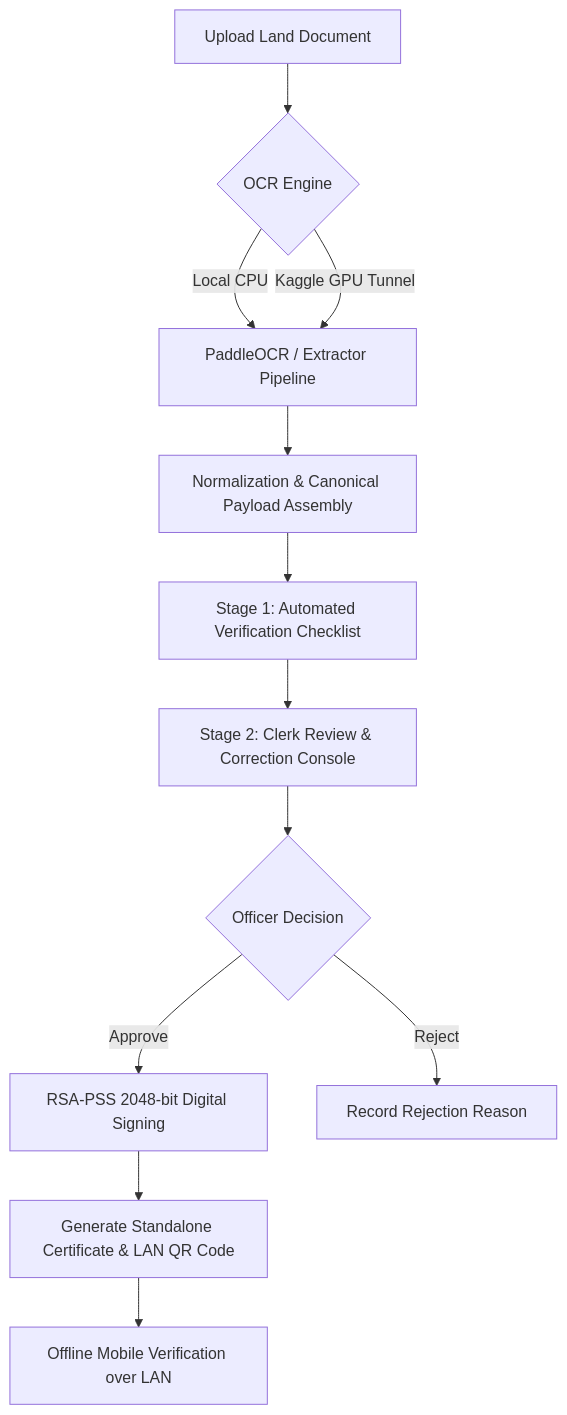
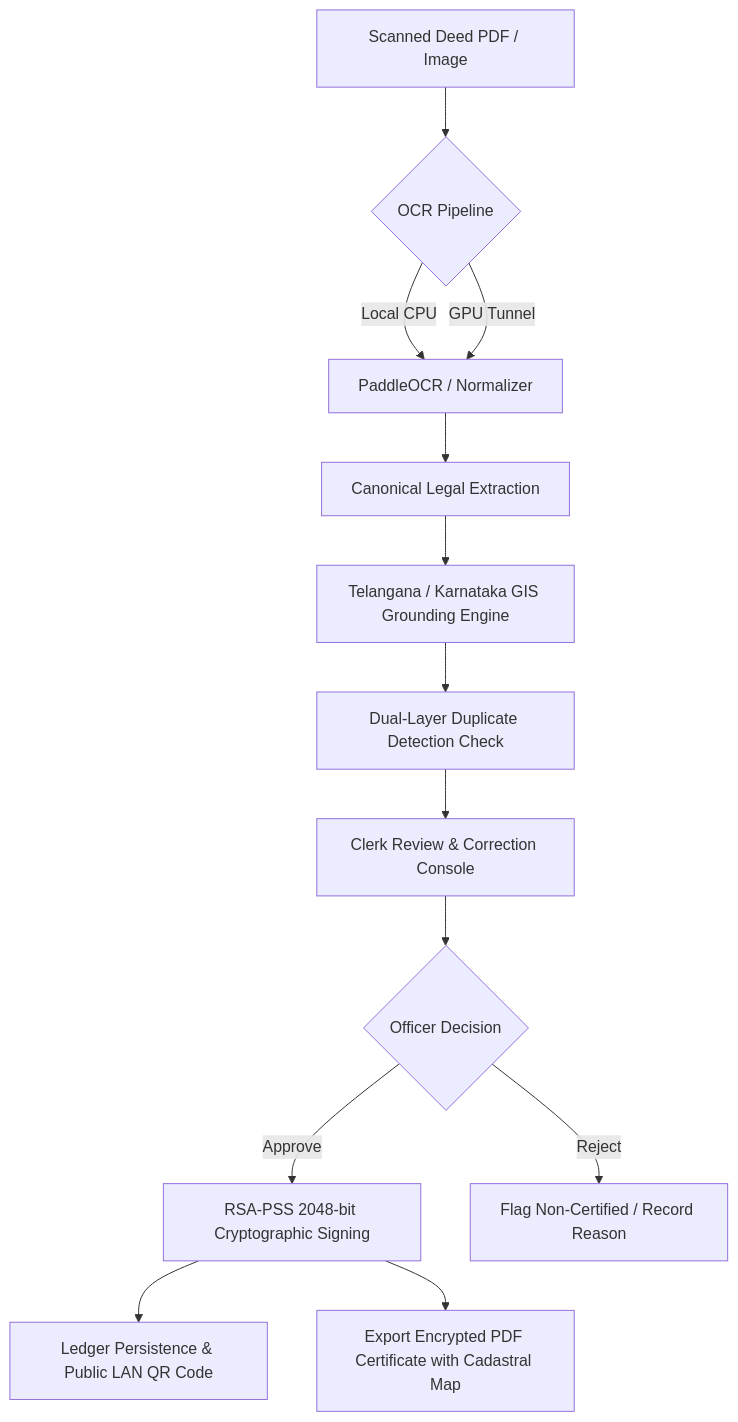
Before and after one commit to yuvanreddy404/onebhoomi: the diagram in README.md, drawn with Mermaid. The commit also changed other lines of this file and 9 other files, not shown here.

Commit message:
feat(onebhoomi): complete offline registry, duplicate prevention, locked PDF certificates with GIS maps, and dashboard analytics

````diff
--- a/README.md
+++ b/README.md
@@ -31,14 +56,15 @@
 ```mermaid
 flowchart TD
-    A[Upload Land Document] --> B{OCR Engine}
-    B -->|Local CPU| C[PaddleOCR / Extractor Pipeline]
-    B -->|Kaggle GPU Tunnel| C
-    C --> D[Normalization & Canonical Payload Assembly]
-    D --> E[Stage 1: Automated Verification Checklist]
-    E --> F[Stage 2: Clerk Review & Correction Console]
-    F --> G{Officer Decision}
-    G -->|Approve| H[RSA-PSS 2048-bit Digital Signing]
-    G -->|Reject| I[Record Rejection Reason]
-    H --> J[Generate Standalone Certificate & LAN QR Code]
-    J --> K[Offline Mobile Verification over LAN]
+    A[Scanned Deed PDF / Image] --> B{OCR Pipeline}
+    B -->|Local CPU| C[PaddleOCR / Normalizer]
+    B -->|GPU Tunnel| C
+    C --> D[Canonical Legal Extraction]
+    D --> E[Telangana / Karnataka GIS Grounding Engine]
+    E --> F[Dual-Layer Duplicate Detection Check]
+    F --> G[Clerk Review & Correction Console]
+    G --> H{Officer Decision}
+    H -->|Approve| I[RSA-PSS 2048-bit Cryptographic Signing]
+    H -->|Reject| J[Flag Non-Certified / Record Reason]
+    I --> K[Ledger Persistence & Public LAN QR Code]
+    I --> L[Export Encrypted PDF Certificate with Cadastral Map]
 ```
````
